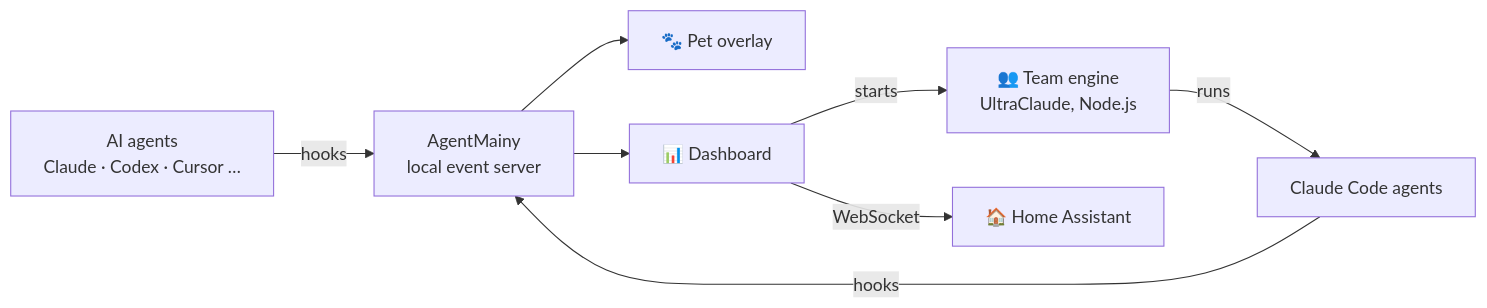
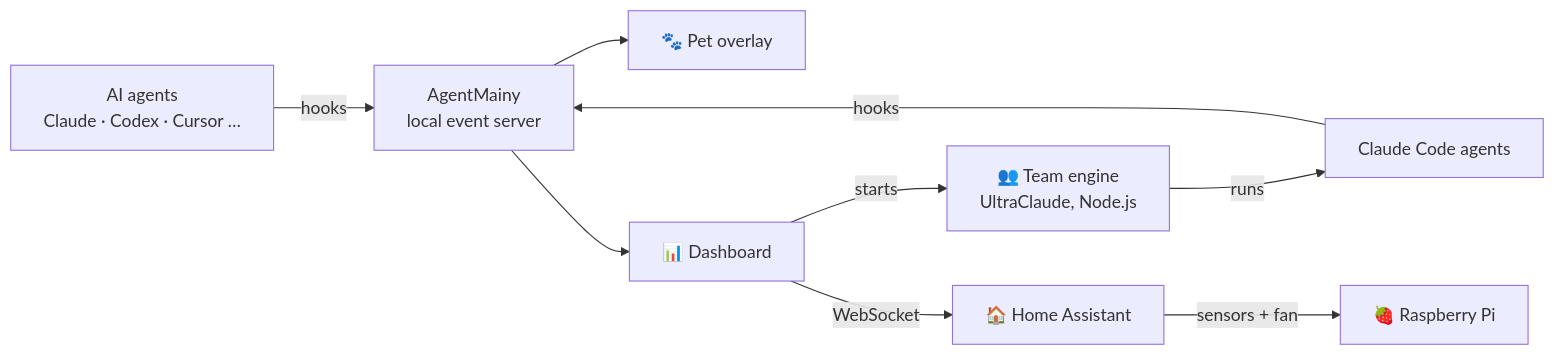
The diagram in README.md (ny-daniel-l/AgentMainy), drawn with Mermaid before and after one commit. The commit also changed other lines of this file and 56 other files, not shown here.

````diff
--- a/README.md
+++ b/README.md
@@ -135,10 +180,11 @@
 ```mermaid
 flowchart LR
   A[AI agents<br/>Claude · Codex · Cursor …] -- hooks --> S[AgentMainy<br/>local event server]
   S --> P[🐾 Pet overlay]
   S --> D[📊 Dashboard]
   D -- starts --> U[👥 Team engine<br/>UltraClaude, Node.js]
   U -- runs --> T[Claude Code agents]
   T -- hooks --> S
   D -- WebSocket --> H[🏠 Home Assistant]
+  H -- sensors + fan --> R[🍓 Raspberry Pi]
 ```
````
